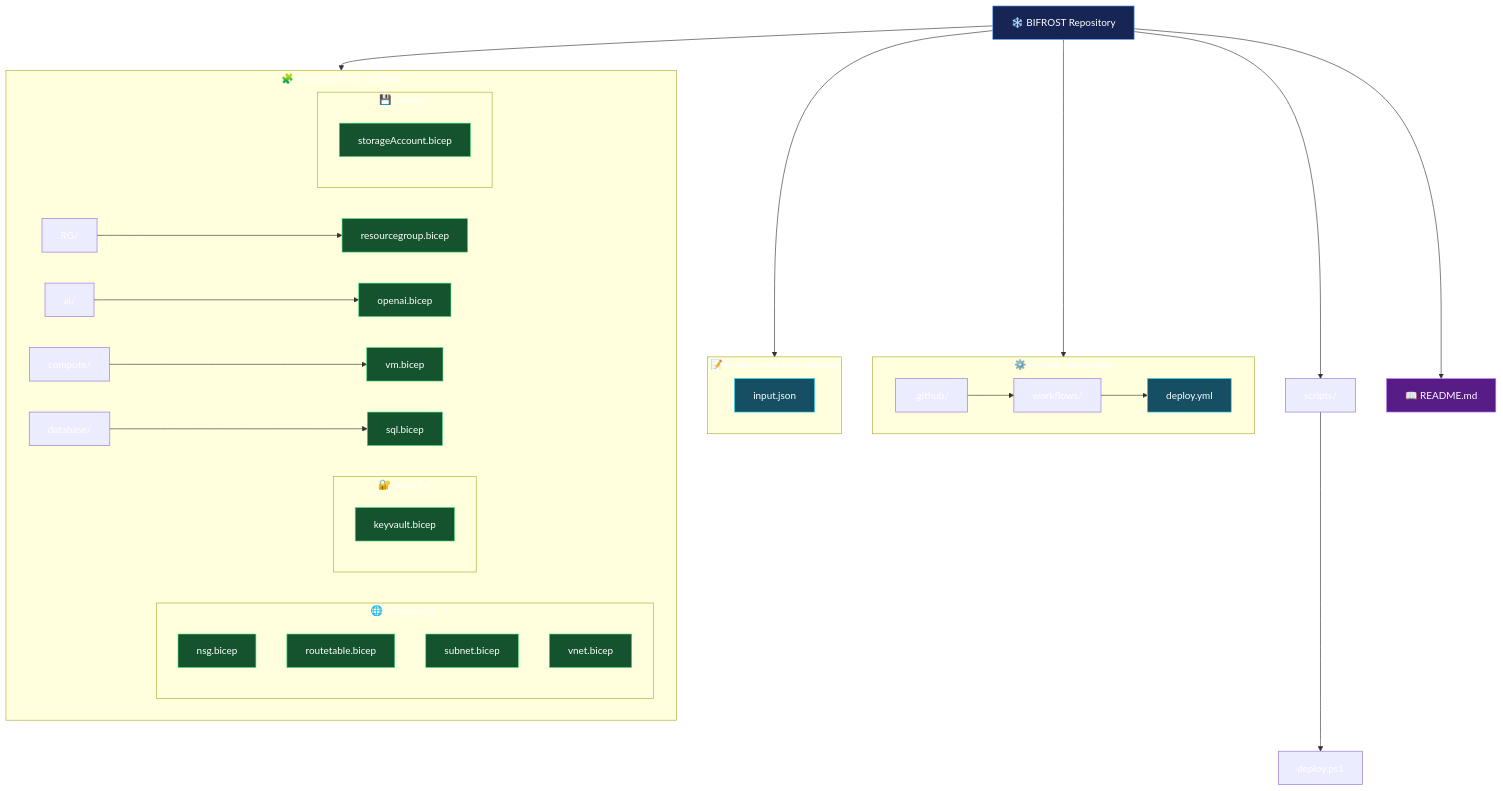
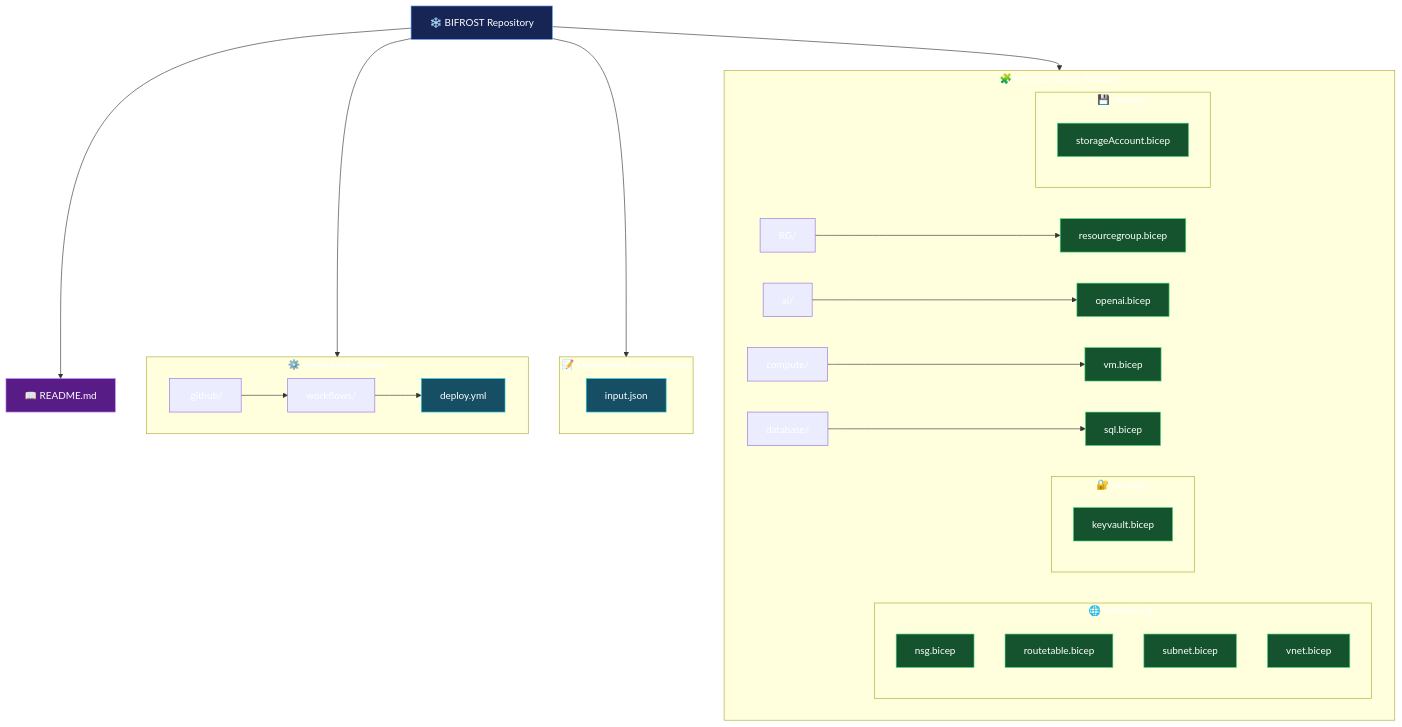
One commit to PROMETHEUS-N/BIFROST changed the first of 3 diagrams in README.md. Above: the diagram before and after it, drawn with Mermaid. The commit also changed other lines of this file, not shown here.

Commit message:
docs: document inline workflow deployment implementation

````diff
--- a/README.md
+++ b/README.md
@@ -22,67 +22,62 @@
 ```mermaid
 flowchart TD
     ROOT["❄️ BIFROST Repository"]
 
     subgraph GITHUB["⚙️ GitHub automation"]
         GH[".github/"]
         WF["workflows/"]
         DEPLOY["deploy.yml"]
         GH --> WF --> DEPLOY
     end
 
     subgraph CONFIG["📝 Deployment configuration"]
         INPUT["input.json"]
     end
 
     subgraph MODULES["🧩 Reusable Bicep modules"]
         RG["RG/"]
         RGFILE["resourcegroup.bicep"]
         AI["ai/"]
         AIFILE["openai.bicep"]
         COMPUTE["compute/"]
         VM["vm.bicep"]
         DB["database/"]
         SQL["sql.bicep"]
 
         subgraph NETWORK["🌐 networking/"]
             NSG["nsg.bicep"]
             RT["routetable.bicep"]
             SUBNET["subnet.bicep"]
             VNET["vnet.bicep"]
         end
 
         subgraph SECURITY["🔐 security/"]
             KV["keyvault.bicep"]
         end
 
         subgraph STORAGE["💾 storage/"]
             SA["storageAccount.bicep"]
         end
 
         RG --> RGFILE
         AI --> AIFILE
         COMPUTE --> VM
         DB --> SQL
     end
 
-    SCRIPTS["scripts/"]
-    REPORTSCRIPT["deploy.ps1"]
-    SCRIPTS --> REPORTSCRIPT
-
     README["📖 README.md"]
 
     ROOT --> GITHUB
     ROOT --> CONFIG
     ROOT --> MODULES
-    ROOT --> SCRIPTS
     ROOT --> README
 
     classDef root fill:#172554,color:#fff,stroke:#60a5fa
     classDef config fill:#164e63,color:#fff,stroke:#22d3ee
     classDef module fill:#14532d,color:#fff,stroke:#4ade80
     classDef docs fill:#581c87,color:#fff,stroke:#c084fc
     class ROOT root
     class INPUT,DEPLOY config
     class RGFILE,AIFILE,VM,SQL,NSG,RT,SUBNET,VNET,KV,SA module
     class README docs
 ```
````
